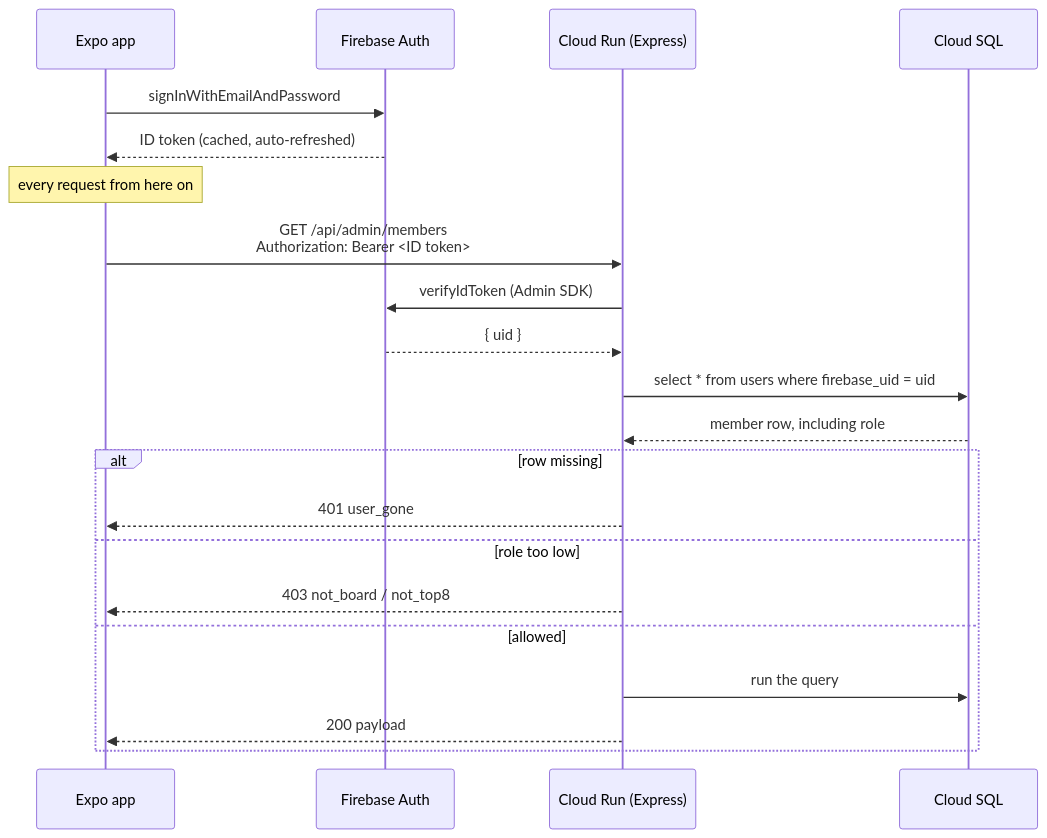
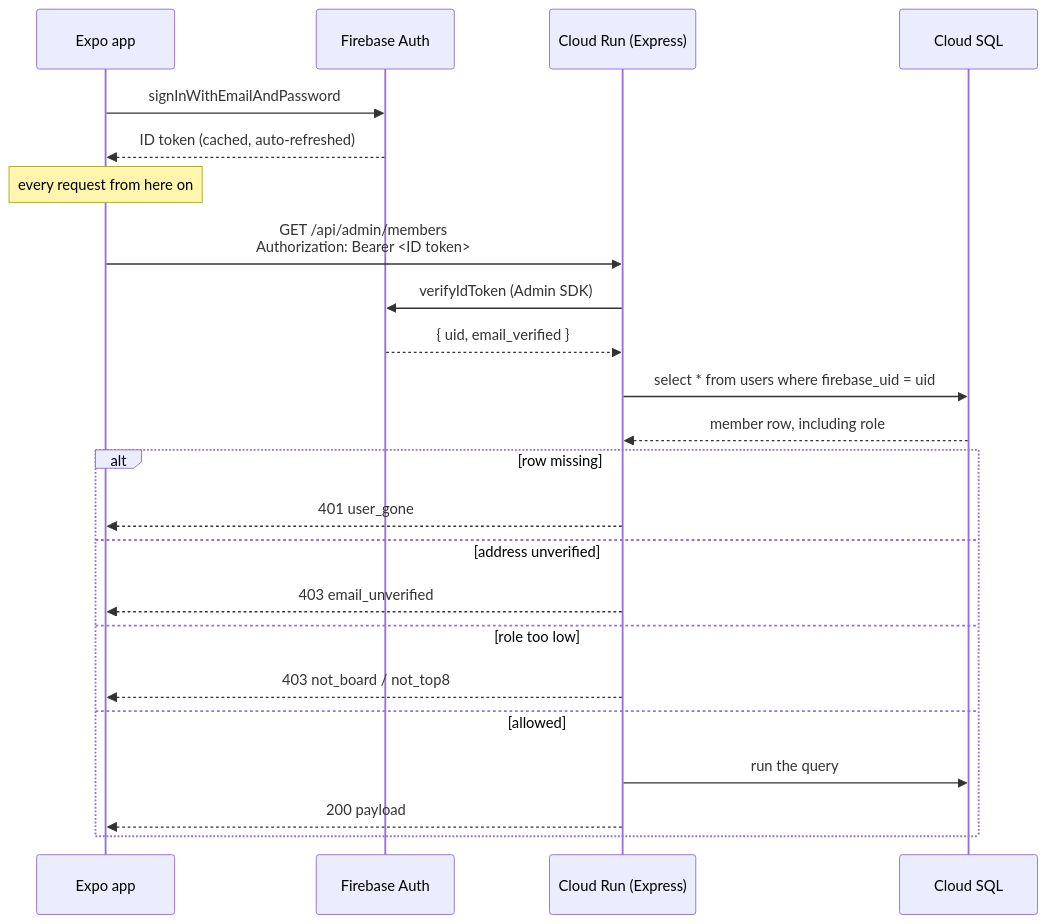
One commit to SHPE-UIC/shpe-web-app changed the second of 12 diagrams in docs/ARCHITECTURE.md. Above: the diagram before and after it, drawn with Mermaid. The commit also changed other lines of this file and 22 other files, not shown here.

First line of the commit message:
Add email verification gate and backfill flow

````diff
--- a/docs/ARCHITECTURE.md
+++ b/docs/ARCHITECTURE.md
@@ -80,26 +80,28 @@
 ```mermaid
 sequenceDiagram
     participant App as Expo app
     participant FB as Firebase Auth
     participant API as Cloud Run (Express)
     participant DB as Cloud SQL
 
     App->>FB: signInWithEmailAndPassword
     FB-->>App: ID token (cached, auto-refreshed)
 
     Note over App: every request from here on
     App->>API: GET /api/admin/members<br/>Authorization: Bearer <ID token>
     API->>FB: verifyIdToken (Admin SDK)
-    FB-->>API: { uid }
+    FB-->>API: { uid, email_verified }
     API->>DB: select * from users where firebase_uid = uid
     DB-->>API: member row, including role
 
     alt row missing
         API-->>App: 401 user_gone
+    else address unverified
+        API-->>App: 403 email_unverified
     else role too low
         API-->>App: 403 not_board / not_top8
     else allowed
         API->>DB: run the query
         API-->>App: 200 payload
     end
 ```
````
